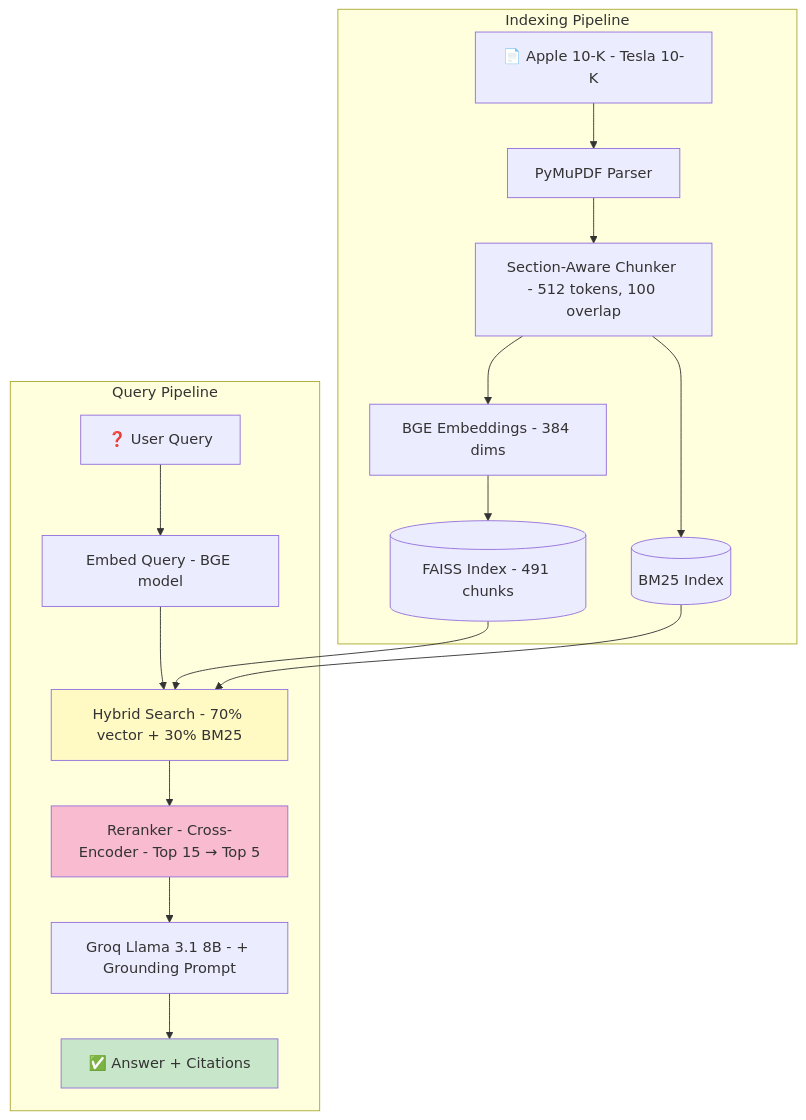
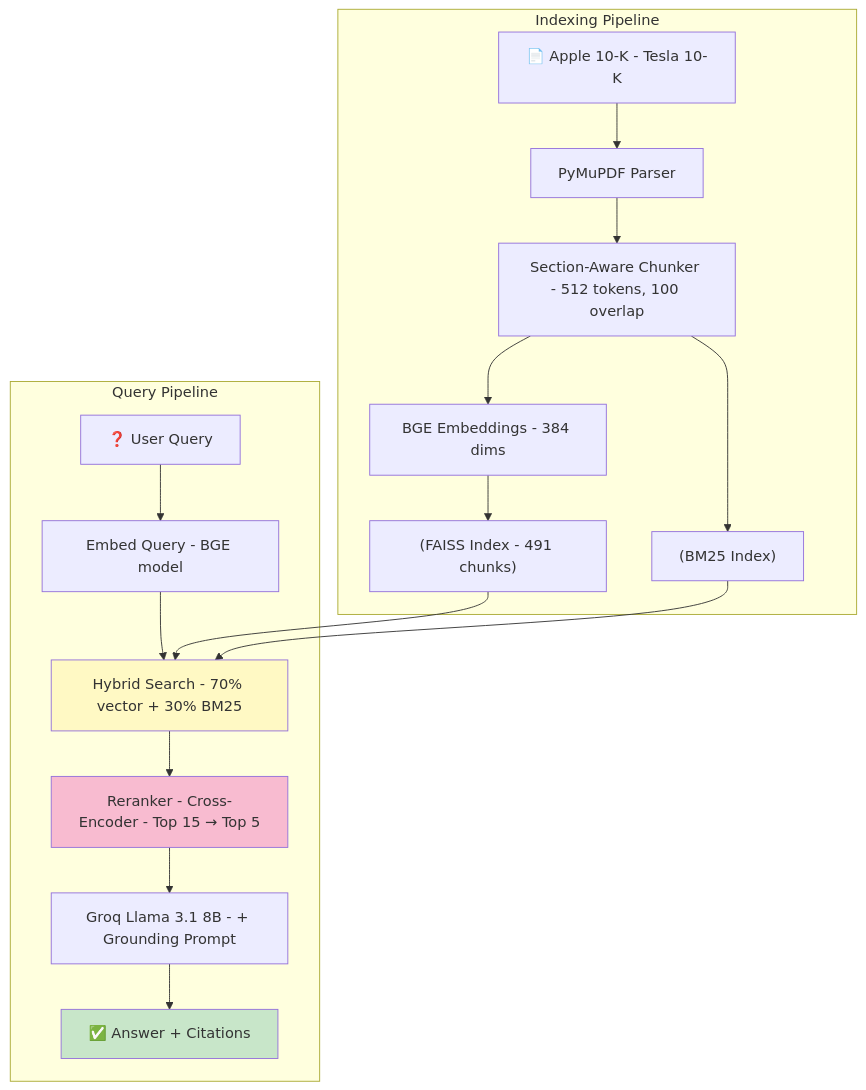
Before and after one commit to indhra/llm_rag_sec_findings: the third of 15 diagrams in docs/learning/03-rag-fundamentals.md, drawn with Mermaid. The commit also changed other lines of this file and 9 other files, not shown here.

````diff
--- a/docs/learning/03-rag-fundamentals.md
+++ b/docs/learning/03-rag-fundamentals.md
@@ -98,24 +98,24 @@
 ```mermaid
 graph TB
     subgraph "Indexing Pipeline"
-        D1[📄 Apple 10-K - Tesla 10-K] --> P[PyMuPDF Parser]
-        P --> C[Section-Aware Chunker - 512 tokens, 100 overlap]
-        C --> E[BGE Embeddings - 384 dims]
-        E --> V[(FAISS Index - 491 chunks)]
-        C --> B[(BM25 Index)]
+        D1["📄 Apple 10-K - Tesla 10-K"] --> P[PyMuPDF Parser]
+        P --> C["Section-Aware Chunker - 512 tokens, 100 overlap"]
+        C --> E["BGE Embeddings - 384 dims"]
+        E --> V["(FAISS Index - 491 chunks)"]
+        C --> B["(BM25 Index)"]
     end
     
     subgraph "Query Pipeline"
-        Q[❓ User Query] --> Q1[Embed Query - BGE model]
-        Q1 --> H[Hybrid Search - 70% vector + 30% BM25]
+        Q[❓ User Query] --> Q1["Embed Query - BGE model"]
+        Q1 --> H["Hybrid Search - 70% vector + 30% BM25"]
         V --> H
         B --> H
-        H --> R[Reranker - Cross-Encoder - Top 15 → Top 5]
-        R --> LLM[Groq Llama 3.1 8B - + Grounding Prompt]
-        LLM --> A[✅ Answer + Citations]
+        H --> R["Reranker - Cross-Encoder - Top 15 → Top 5"]
+        R --> LLM["Groq Llama 3.1 8B - + Grounding Prompt"]
+        LLM --> A["✅ Answer + Citations"]
     end
     
     style H fill:#fff9c4
     style R fill:#f8bbd0
     style A fill:#c8e6c9
 ```
````
